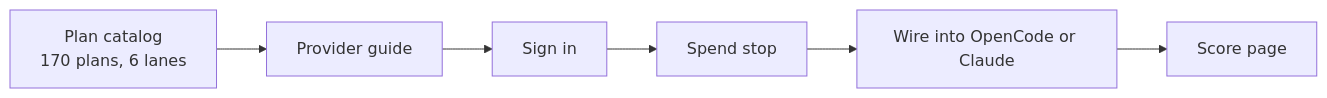
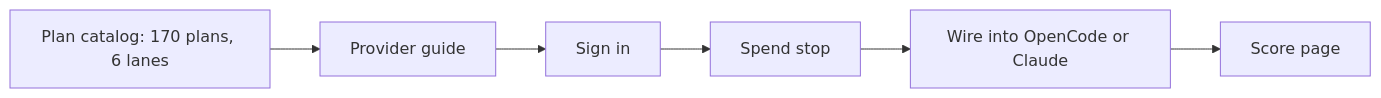
Before and after one commit to SoulCraft-Org/compute-crafter: the diagram in SPEC.md, drawn with Mermaid. The commit also changed other lines of this file, not shown here.

````diff
--- a/SPEC.md
+++ b/SPEC.md
@@ -10,4 +10,4 @@
 ```mermaid
 flowchart LR
-  C[Plan catalog<br/>170 plans, 6 lanes] --> G[Provider guide] --> L[Sign in] --> S[Spend stop] --> W[Wire into OpenCode or Claude] --> Q[Score page]
+  C[Plan catalog: 170 plans, 6 lanes] --> G[Provider guide] --> L[Sign in] --> S[Spend stop] --> W[Wire into OpenCode or Claude] --> Q[Score page]
 ```
````
